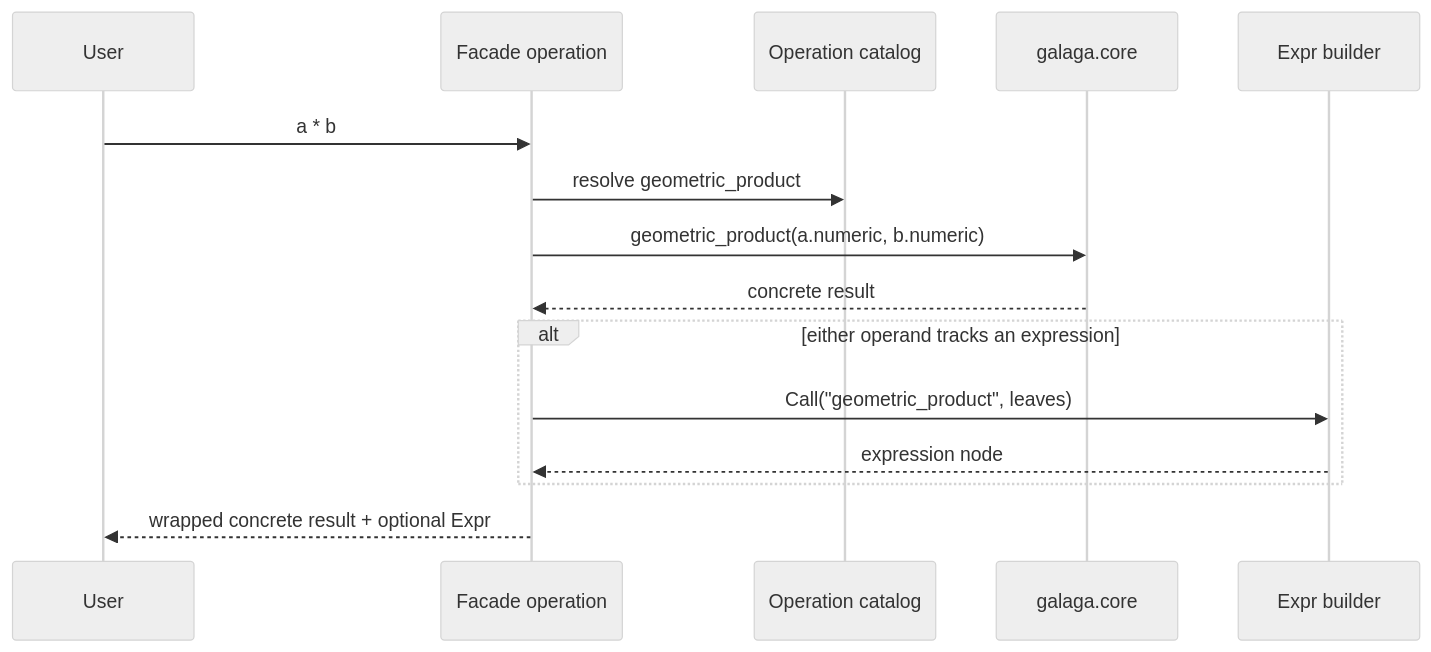
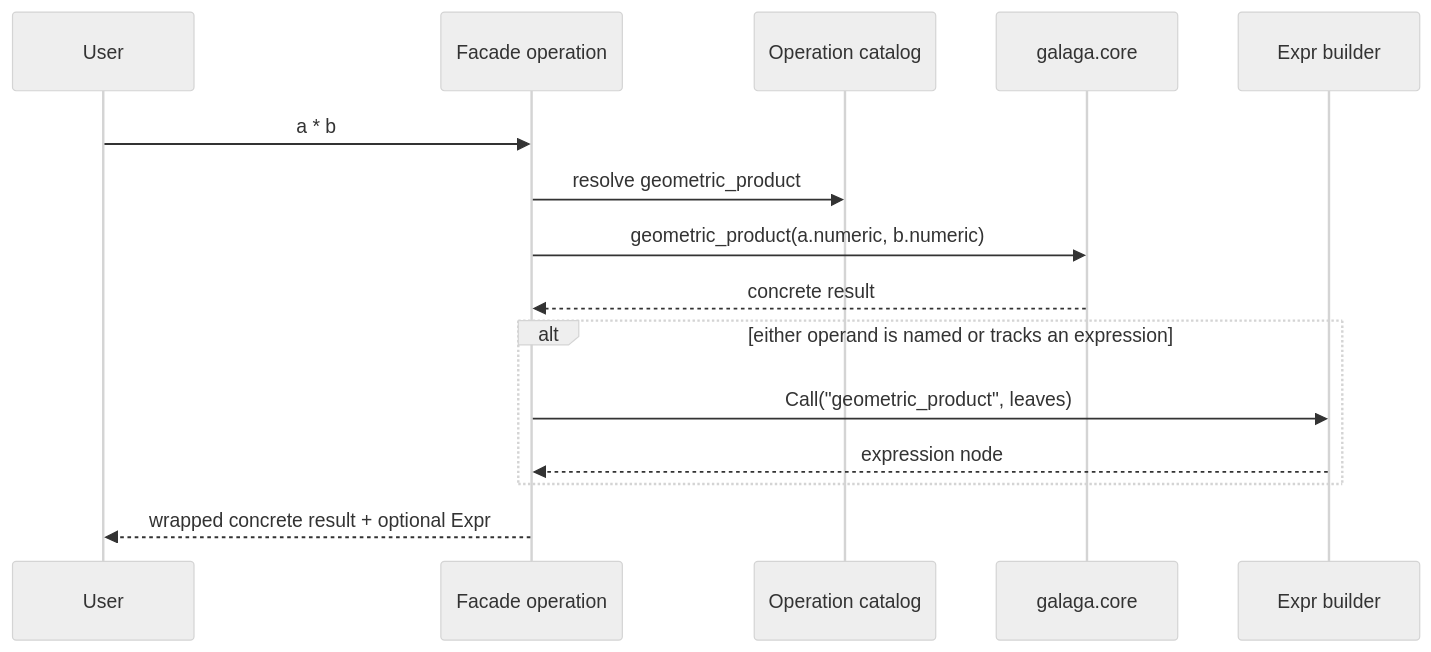
One commit to edouardp/galaga changed the second of 2 diagrams in docs/v2/presentation-symbolic-layer-plan.md. Above: the diagram before and after it, drawn with Mermaid (neutral theme). The commit also changed other lines of this file and 60 other files, not shown here.

````diff
--- a/docs/v2/presentation-symbolic-layer-plan.md
+++ b/docs/v2/presentation-symbolic-layer-plan.md
@@ -379,17 +380,17 @@
 ```mermaid
 sequenceDiagram
     participant U as User
     participant F as Facade operation
     participant C as Operation catalog
     participant G as galaga.core
     participant E as Expr builder
     U->>F: a * b
     F->>C: resolve geometric_product
     F->>G: geometric_product(a.numeric, b.numeric)
     G-->>F: concrete result
-    alt either operand tracks an expression
+    alt either operand is named or tracks an expression
         F->>E: Call("geometric_product", leaves)
         E-->>F: expression node
     end
     F-->>U: wrapped concrete result + optional Expr
 ```
````
